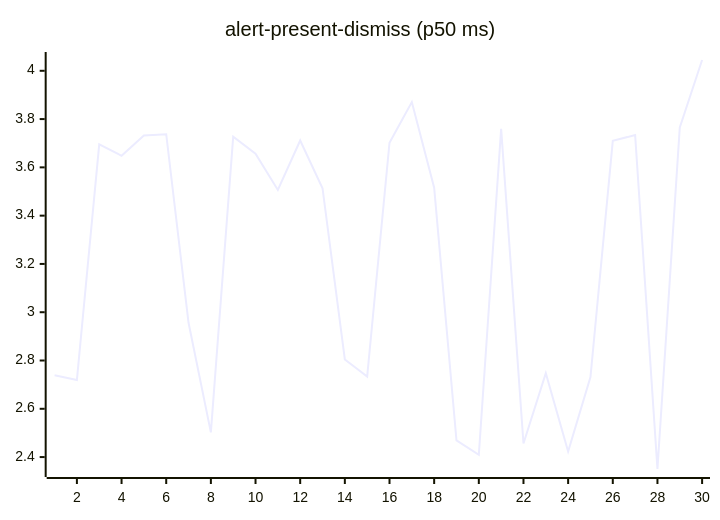
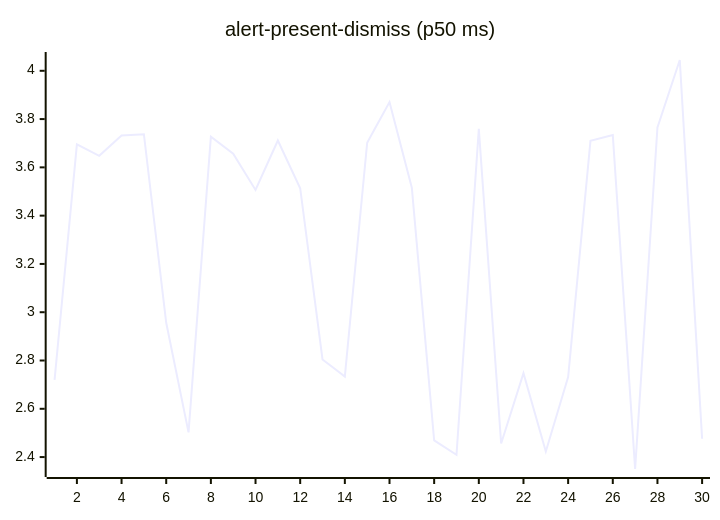
One commit to josha/Facet changed the second of 27 diagrams in README.md. Above: the diagram before and after it, drawn with Mermaid. The commit also changed other lines of this file and 2 other files, not shown here.

````diff
--- a/README.md
+++ b/README.md
@@ -70,6 +70,6 @@
 ```mermaid
 xychart-beta
     title "alert-present-dismiss (p50 ms)"
     x-axis 1 --> 30
-    line [2.7393, 2.7195, 3.6955, 3.6480, 3.7318, 3.7373, 2.9562, 2.5024, 3.7273, 3.6562, 3.5064, 3.7112, 3.5136, 2.8044, 2.7337, 3.7022, 3.8703, 3.5157, 2.4688, 2.4093, 3.7592, 2.4564, 2.7475, 2.4232, 2.7312, 3.7096, 3.7340, 2.3506, 3.7650, 4.0447]
+    line [2.7195, 3.6955, 3.6480, 3.7318, 3.7373, 2.9562, 2.5024, 3.7273, 3.6562, 3.5064, 3.7112, 3.5136, 2.8044, 2.7337, 3.7022, 3.8703, 3.5157, 2.4688, 2.4093, 3.7592, 2.4564, 2.7475, 2.4232, 2.7312, 3.7096, 3.7340, 2.3506, 3.7650, 4.0447, 2.4759]
 ```
````
